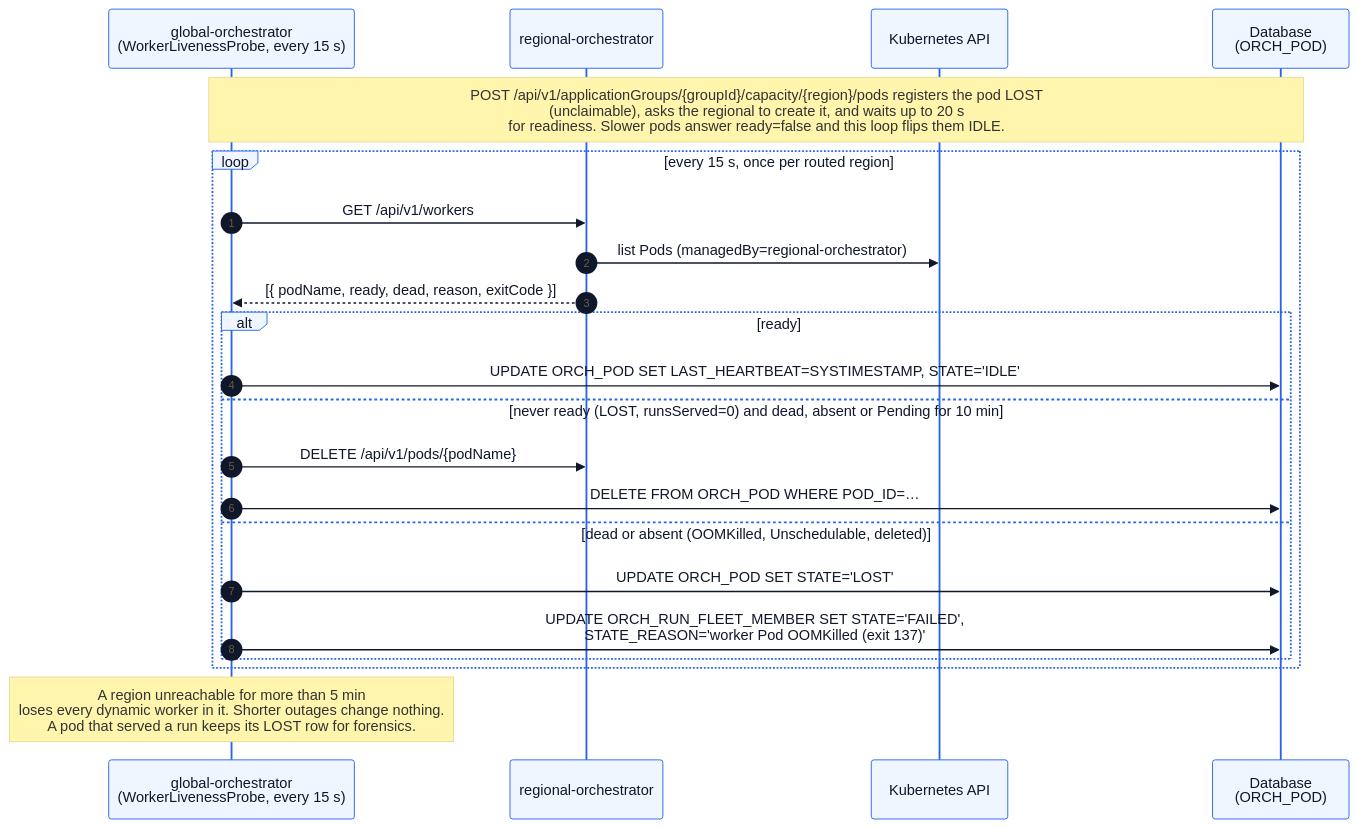
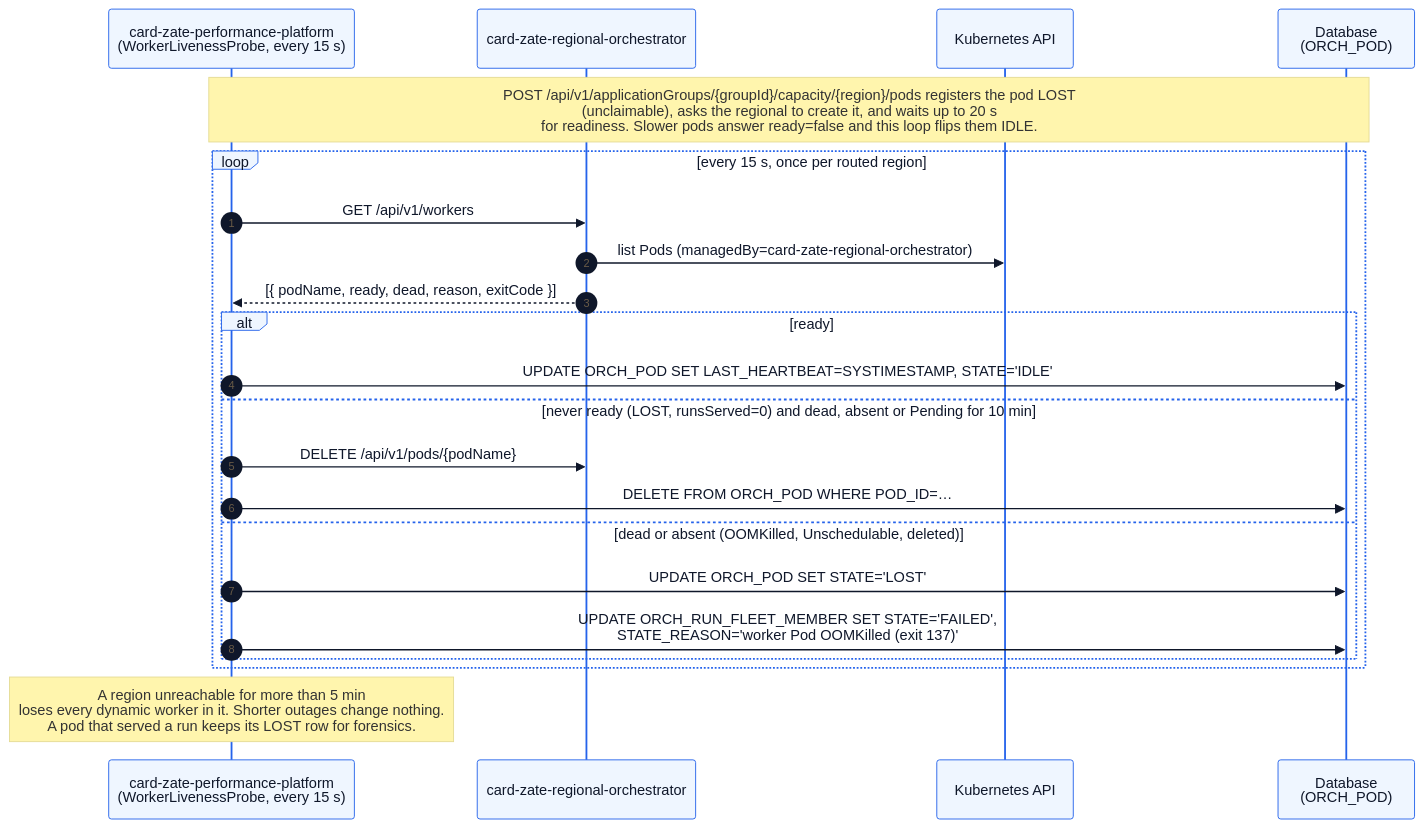
One commit to sharmakunal23/jmeter-cloud changed the second of 6 diagrams in docs/flowDiagrams.md. Above: the diagram before and after it, drawn with Mermaid. The commit also changed other lines of this file and 11 other files, not shown here.

First line of the commit message:
Flow diagrams take the hosted card-zate-* names, and the canvas grows to hold them

````diff
--- a/docs/flowDiagrams.md
+++ b/docs/flowDiagrams.md
@@ -86,27 +86,27 @@
 ```mermaid
 %%{init: {'theme':'base','themeVariables':{'primaryColor':'#eff6ff','primaryBorderColor':'#2563eb','primaryTextColor':'#0f172a','lineColor':'#94a3b8','fontFamily':'Segoe UI, Helvetica, Arial, sans-serif'}}}%%
 sequenceDiagram
     autonumber
-    participant GO as global-orchestrator<br/>(WorkerLivenessProbe, every 15 s)
-    participant RO as regional-orchestrator
+    participant GO as card-zate-performance-platform<br/>(WorkerLivenessProbe, every 15 s)
+    participant RO as card-zate-regional-orchestrator
     participant K8 as Kubernetes API
     participant DB as Database<br/>(ORCH_POD)
 
     Note over GO,DB: POST /api/v1/applicationGroups/{groupId}/capacity/{region}/pods registers the pod LOST<br/>(unclaimable), asks the regional to create it, and waits up to 20 s<br/>for readiness. Slower pods answer ready=false and this loop flips them IDLE.
 
     loop every 15 s, once per routed region
         GO->>RO: GET /api/v1/workers
-        RO->>K8: list Pods (managedBy=regional-orchestrator)
+        RO->>K8: list Pods (managedBy=card-zate-regional-orchestrator)
         RO-->>GO: [{ podName, ready, dead, reason, exitCode }]
         alt ready
             GO->>DB: UPDATE ORCH_POD SET LAST_HEARTBEAT=SYSTIMESTAMP, STATE='IDLE'
         else never ready (LOST, runsServed=0) and dead, absent or Pending for 10 min
             GO->>RO: DELETE /api/v1/pods/{podName}
             GO->>DB: DELETE FROM ORCH_POD WHERE POD_ID=…
         else dead or absent (OOMKilled, Unschedulable, deleted)
             GO->>DB: UPDATE ORCH_POD SET STATE='LOST'
             GO->>DB: UPDATE ORCH_RUN_FLEET_MEMBER SET STATE='FAILED',<br/>STATE_REASON='worker Pod OOMKilled (exit 137)'
         end
     end
     Note over GO: A region unreachable for more than 5 min<br/>loses every dynamic worker in it. Shorter outages change nothing.<br/>A pod that served a run keeps its LOST row for forensics.
 ```
````
